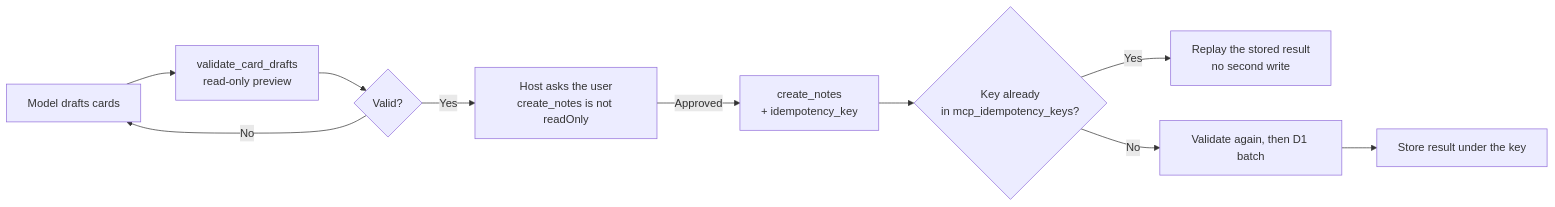
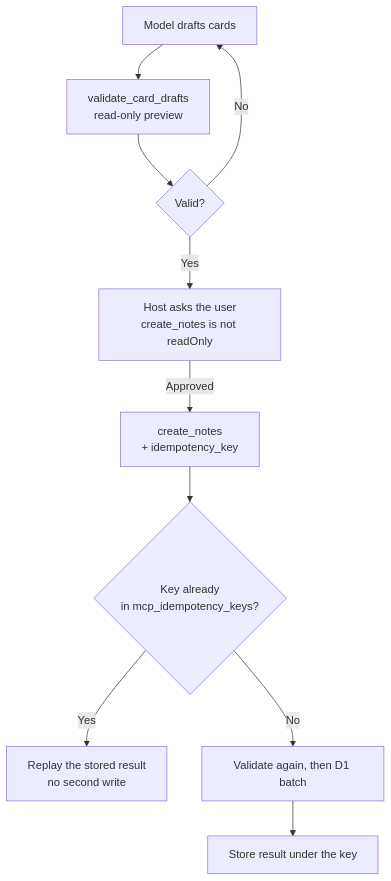
Before and after one commit to sebastiangeiger01/ankitalk: the ninth of 12 diagrams in docs/mcp-presentation.md, drawn with Mermaid. The commit also changed other lines of this file, not shown here.

First line of the commit message:
Improve diagram legibility in the MCP walkthrough

````diff
--- a/docs/mcp-presentation.md
+++ b/docs/mcp-presentation.md
@@ -285,12 +285,12 @@
 ```mermaid
-flowchart LR
+flowchart TD
   A["Model drafts cards"] --> B["validate_card_drafts<br/>read-only preview"]
   B --> C{"Valid?"}
   C -->|"No"| A
   C -->|"Yes"| D["Host asks the user<br/>create_notes is not readOnly"]
   D -->|"Approved"| E["create_notes<br/>+ idempotency_key"]
   E --> F{"Key already<br/>in mcp_idempotency_keys?"}
   F -->|"Yes"| G["Replay the stored result<br/>no second write"]
   F -->|"No"| H["Validate again, then D1 batch"]
   H --> I["Store result under the key"]
 ```
````
